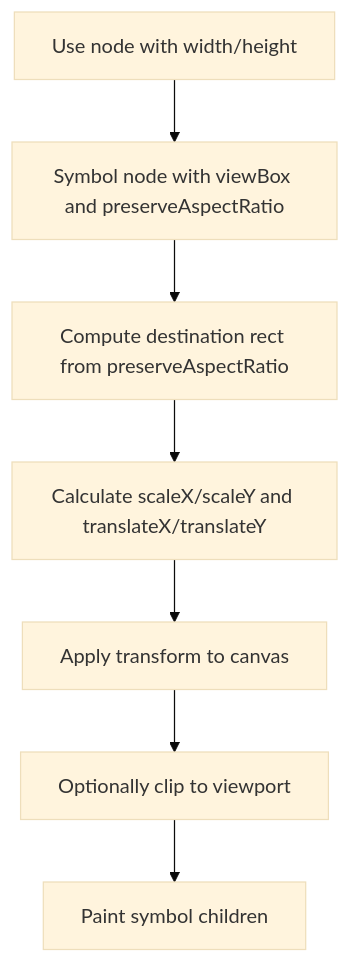
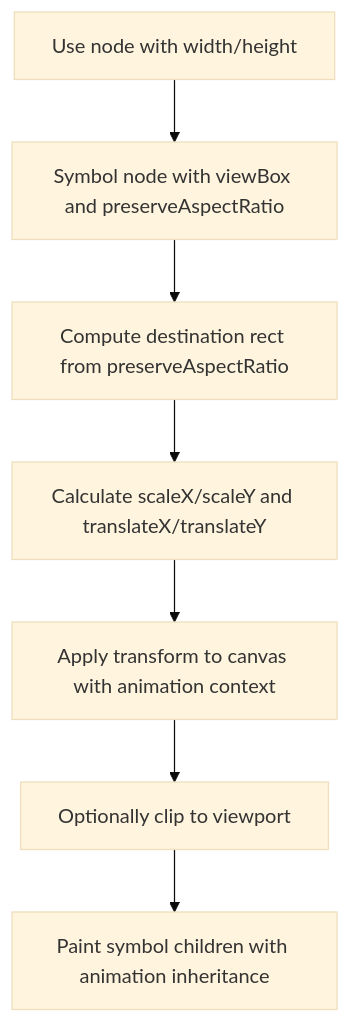
Before and after one commit to denisnadey/flutter_full_svg_support: the sixth of 10 diagrams in .qoder/repowiki/en/content/Advanced Features/Use Element Symbol Inheritance.md, drawn with Mermaid (base theme). The commit also changed other lines of this file and 20 other files, not shown here.

````diff
--- a/.qoder/repowiki/en/content/Advanced Features/Use Element Symbol Inheritance.md
+++ b/.qoder/repowiki/en/content/Advanced Features/Use Element Symbol Inheritance.md
@@ -261,9 +308,9 @@
 ```mermaid
 flowchart TD
 A["Use node with width/height"] --> B["Symbol node with viewBox and preserveAspectRatio"]
 B --> C["Compute destination rect from preserveAspectRatio"]
 C --> D["Calculate scaleX/scaleY and translateX/translateY"]
-D --> E["Apply transform to canvas"]
+D --> E["Apply transform to canvas with animation context"]
 E --> F["Optionally clip to viewport"]
-F --> G["Paint symbol children"]
+F --> G["Paint symbol children with animation inheritance"]
 ```
````
